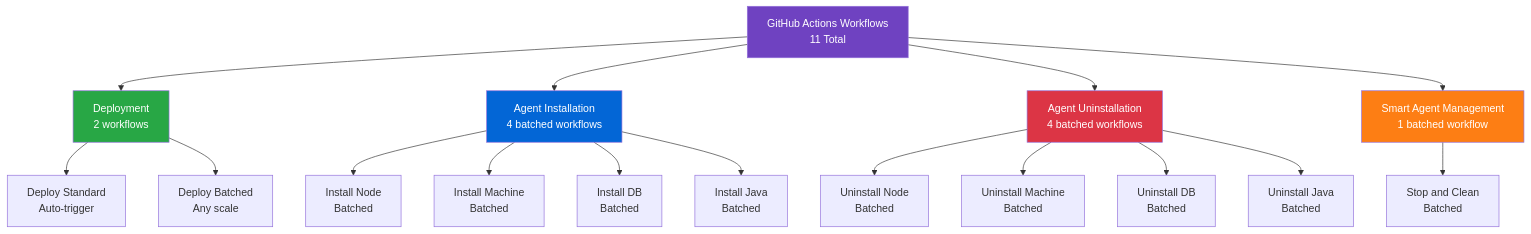
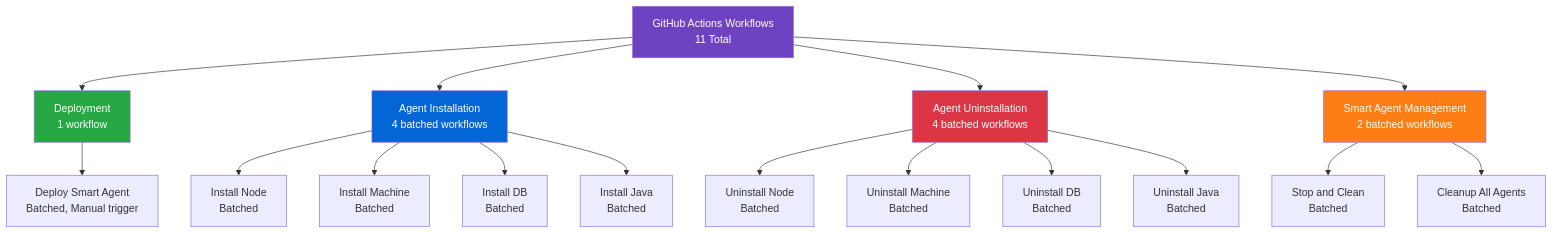
The fourth of 7 diagrams in ARCHITECTURE.md (chambear2809/github-actions-lab), drawn with Mermaid before and after one commit. The commit also changed other lines of this file and 2 other files, not shown here.

Commit message:
Update documentation: fix workflow count (11 total), remove non-existent deploy-agent.yml references, add cleanup workflow

````diff
--- a/ARCHITECTURE.md
+++ b/ARCHITECTURE.md
@@ -94,30 +94,30 @@
 ```mermaid
 graph TD
     Root[GitHub Actions Workflows<br/>11 Total]
     
-    Root --> Deploy[Deployment<br/>2 workflows]
+    Root --> Deploy[Deployment<br/>1 workflow]
     Root --> Install[Agent Installation<br/>4 batched workflows]
     Root --> Uninstall[Agent Uninstallation<br/>4 batched workflows]
-    Root --> Manage[Smart Agent Management<br/>1 batched workflow]
+    Root --> Manage[Smart Agent Management<br/>2 batched workflows]
 
-    Deploy --> D1[Deploy Standard<br/>Auto-trigger]
-    Deploy --> D2[Deploy Batched<br/>Any scale]
+    Deploy --> D1[Deploy Smart Agent<br/>Batched, Manual trigger]
     
     Install --> I1[Install Node<br/>Batched]
     Install --> I2[Install Machine<br/>Batched]
     Install --> I3[Install DB<br/>Batched]
     Install --> I4[Install Java<br/>Batched]
     
     Uninstall --> U1[Uninstall Node<br/>Batched]
     Uninstall --> U2[Uninstall Machine<br/>Batched]
     Uninstall --> U3[Uninstall DB<br/>Batched]
     Uninstall --> U4[Uninstall Java<br/>Batched]
     
     Manage --> M1[Stop and Clean<br/>Batched]
+    Manage --> M2[Cleanup All Agents<br/>Batched]
 
     style Root fill:#6f42c1,color:#fff
     style Deploy fill:#28a745,color:#fff
     style Install fill:#0366d6,color:#fff
     style Uninstall fill:#dc3545,color:#fff
     style Manage fill:#fd7e14,color:#fff
 ```
````
